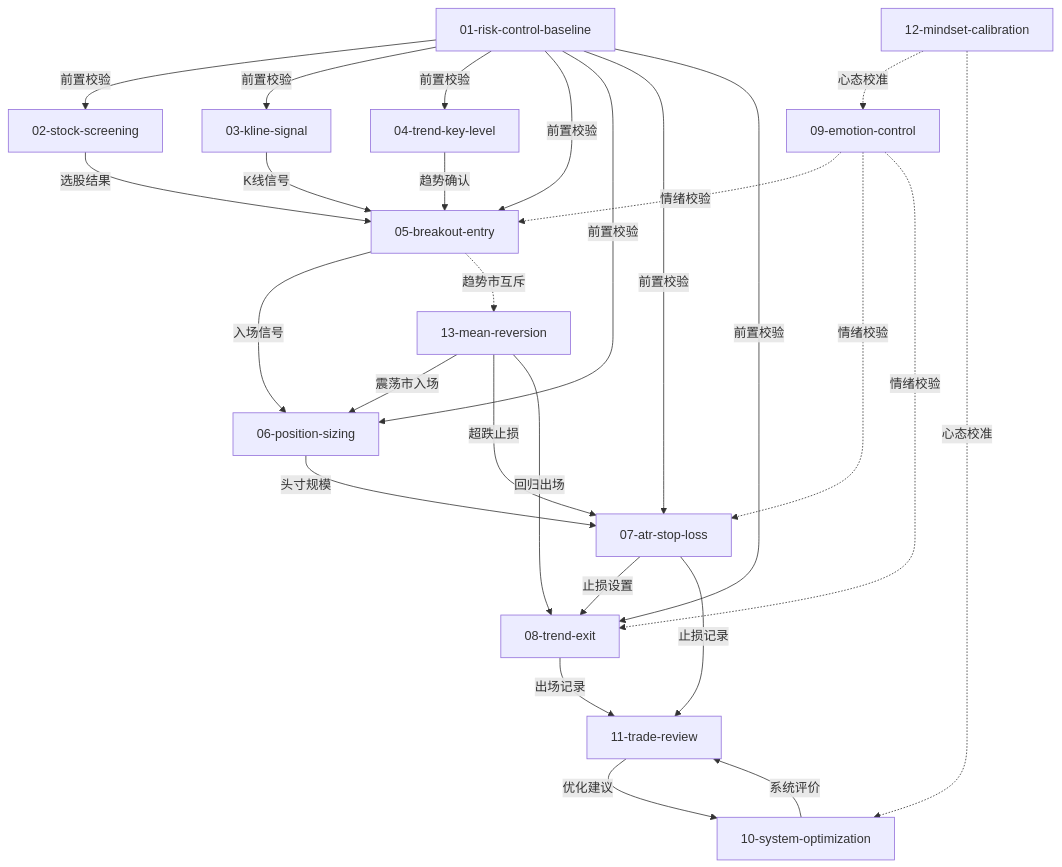
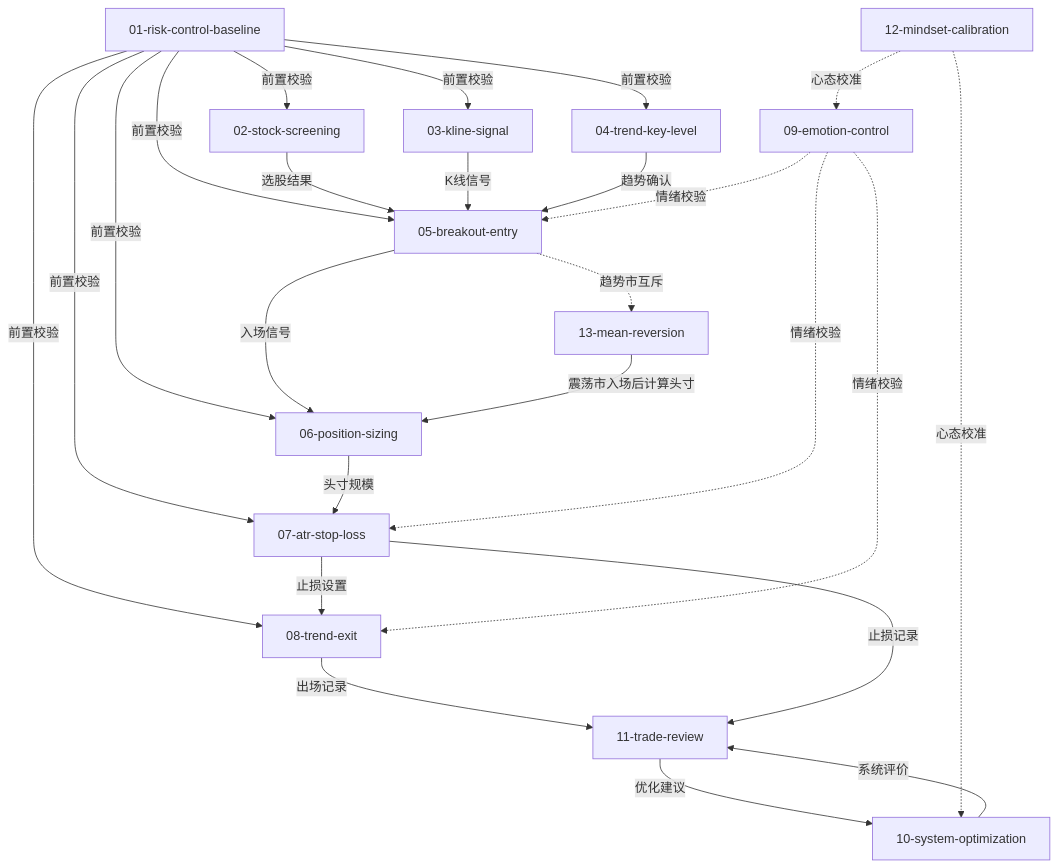
One commit to ClayDong/books2skill changed the diagram in library/stock-trading-system/INDEX.md. Above: the diagram before and after it, drawn with Mermaid. The commit also changed other lines of this file and 19 other files, not shown here.

````diff
--- a/library/stock-trading-system/INDEX.md
+++ b/library/stock-trading-system/INDEX.md
@@ -54,36 +54,34 @@
 ```mermaid
 graph TD
     S01[01-risk-control-baseline] -->|前置校验| S02[02-stock-screening]
     S01 -->|前置校验| S03[03-kline-signal]
     S01 -->|前置校验| S04[04-trend-key-level]
     S01 -->|前置校验| S05[05-breakout-entry]
     S01 -->|前置校验| S06[06-position-sizing]
     S01 -->|前置校验| S07[07-atr-stop-loss]
     S01 -->|前置校验| S08[08-trend-exit]
 
     S02 -->|选股结果| S05
     S03 -->|K线信号| S05
     S04 -->|趋势确认| S05
 
     S05 -->|入场信号| S06
     S06 -->|头寸规模| S07
     S07 -->|止损设置| S08
 
     S08 -->|出场记录| S11[11-trade-review]
     S07 -->|止损记录| S11
 
     S09[09-emotion-control] -.->|情绪校验| S05
     S09 -.->|情绪校验| S07
     S09 -.->|情绪校验| S08
 
     S10[10-system-optimization] -->|系统评价| S11
     S11 -->|优化建议| S10
 
     S12[12-mindset-calibration] -.->|心态校准| S09
     S12 -.->|心态校准| S10
 
-    S13[13-mean-reversion] -->|震荡市入场| S06
-    S13 -->|超跌止损| S07
-    S13 -->|回归出场| S08
+    S13[13-mean-reversion] -->|震荡市入场后计算头寸| S06
     S05 -.->|趋势市互斥| S13
 ```
````
